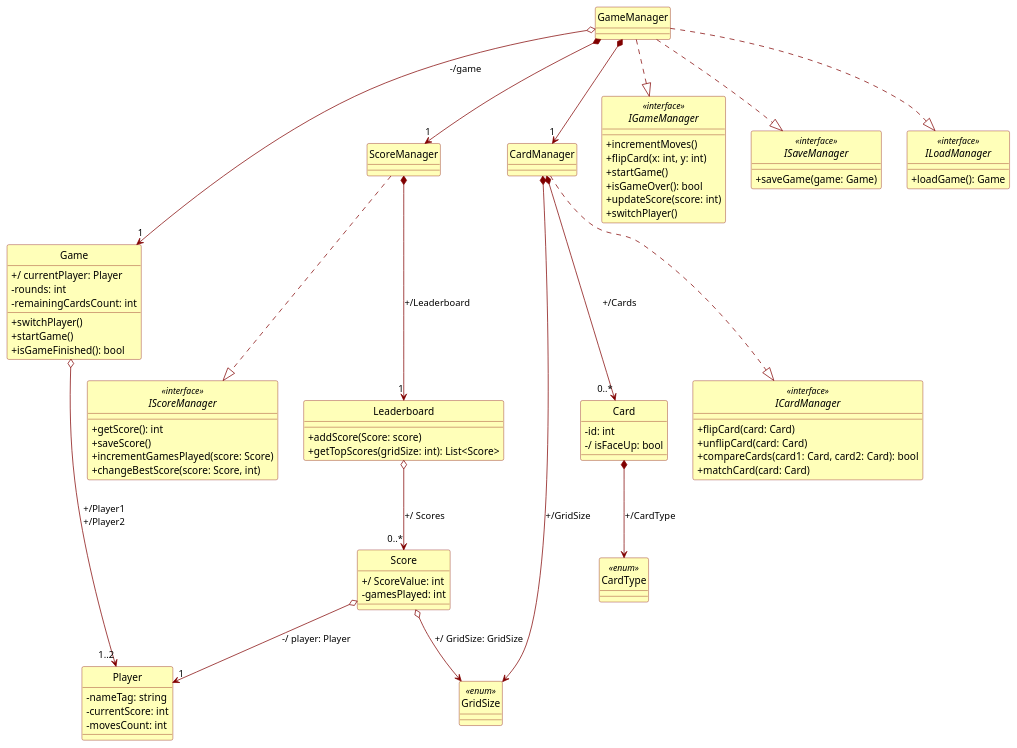
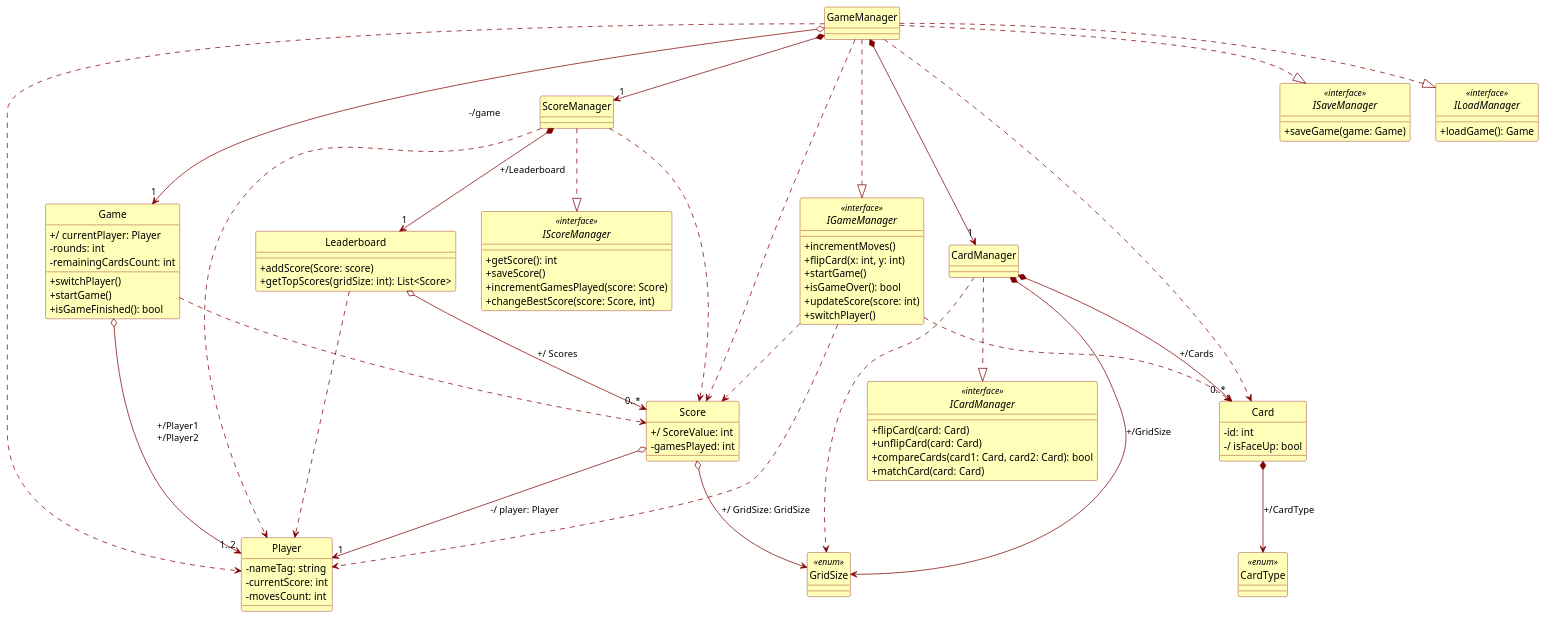
One commit to PosiTr0n505/Game-Memory changed the diagram in src/Docs/Diagrammes/classe_2.md. Above: the diagram before and after it, drawn with PlantUML.

Commit message:
Mise à jour de 'src/Docs/Diagrammes/classe_2.md'

````diff
--- a/src/Docs/Diagrammes/classe_2.md
+++ b/src/Docs/Diagrammes/classe_2.md
@@ -1,4 +1,4 @@
-```plantuml
+``` plantuml
 @startuml
 hide circle
 allowmixing
@@ -96,17 +96,35 @@
 GameManager *--> "1" CardManager
 GameManager *--> "1" ScoreManager
 
+' DEPENDANCES AJOUTEES
+GameManager ..> Player
+GameManager ..> Score
+GameManager ..> Card
+
 class ScoreManager
 ScoreManager ..|> IScoreManager
 ScoreManager *--> "1" Leaderboard : +/Leaderboard
+
+' DEPENDANCE
+ScoreManager ..> Player
+ScoreManager ..> Score
 
 class CardManager
 CardManager ..|> ICardManager
 CardManager *--> "0..*" Card : "+/Cards"
 CardManager *--> GridSize : "+/GridSize"
 
+' DEPENDANCE
+CardManager ..> GridSize
 
 enum GridSize <<enum>>
 
+' DEPENDANCES SUPPLEMENTAIRES
+Game ..> Score
+Leaderboard ..> Player
+IGameManager ..> Player
+IGameManager ..> Score
+IGameManager ..> Card
+
 @enduml
 ```
````
